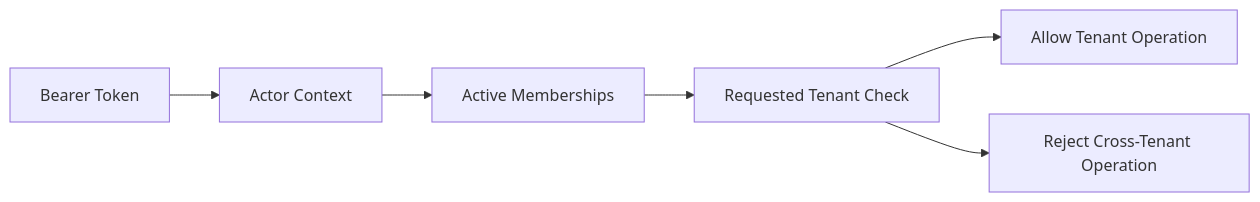
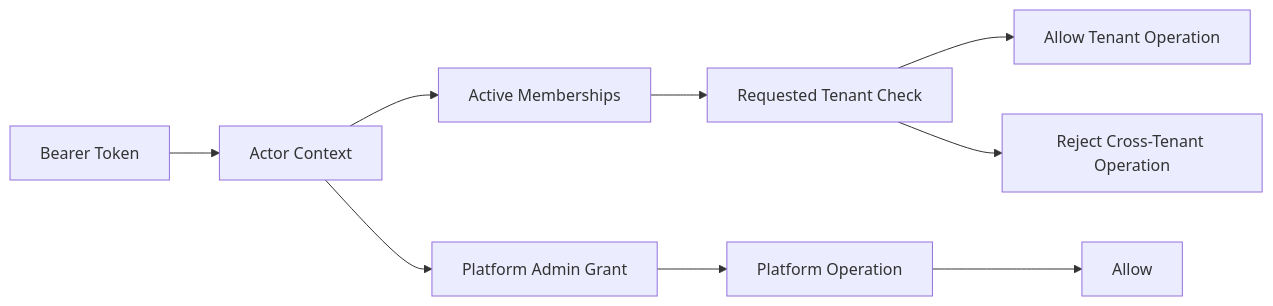
Before and after one commit to AlexGerlitz/drivedesk-core: the diagram in docs/public/TENANT_ISOLATION.md, drawn with Mermaid. The commit also changed other lines of this file and 23 other files, not shown here.

Commit message:
Add dedicated platform admin model

````diff
--- a/docs/public/TENANT_ISOLATION.md
+++ b/docs/public/TENANT_ISOLATION.md
@@ -85,8 +106,11 @@
 ```mermaid
 flowchart LR
   Token["Bearer Token"] --> Actor["Actor Context"]
   Actor --> Memberships["Active Memberships"]
+  Actor --> PlatformGrant["Platform Admin Grant"]
   Memberships --> TenantCheck["Requested Tenant Check"]
   TenantCheck --> Allow["Allow Tenant Operation"]
   TenantCheck --> Reject["Reject Cross-Tenant Operation"]
+  PlatformGrant --> PlatformOp["Platform Operation"]
+  PlatformOp --> AllowPlatform["Allow"]
 ```
````
